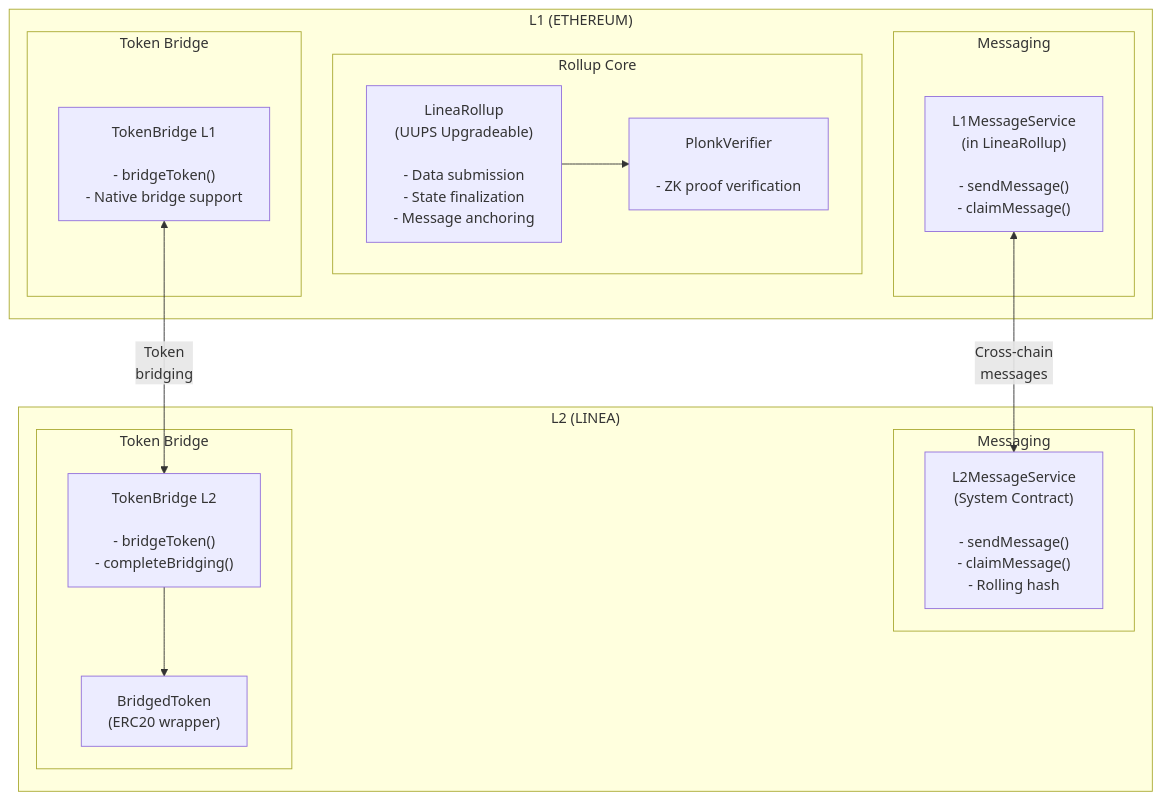
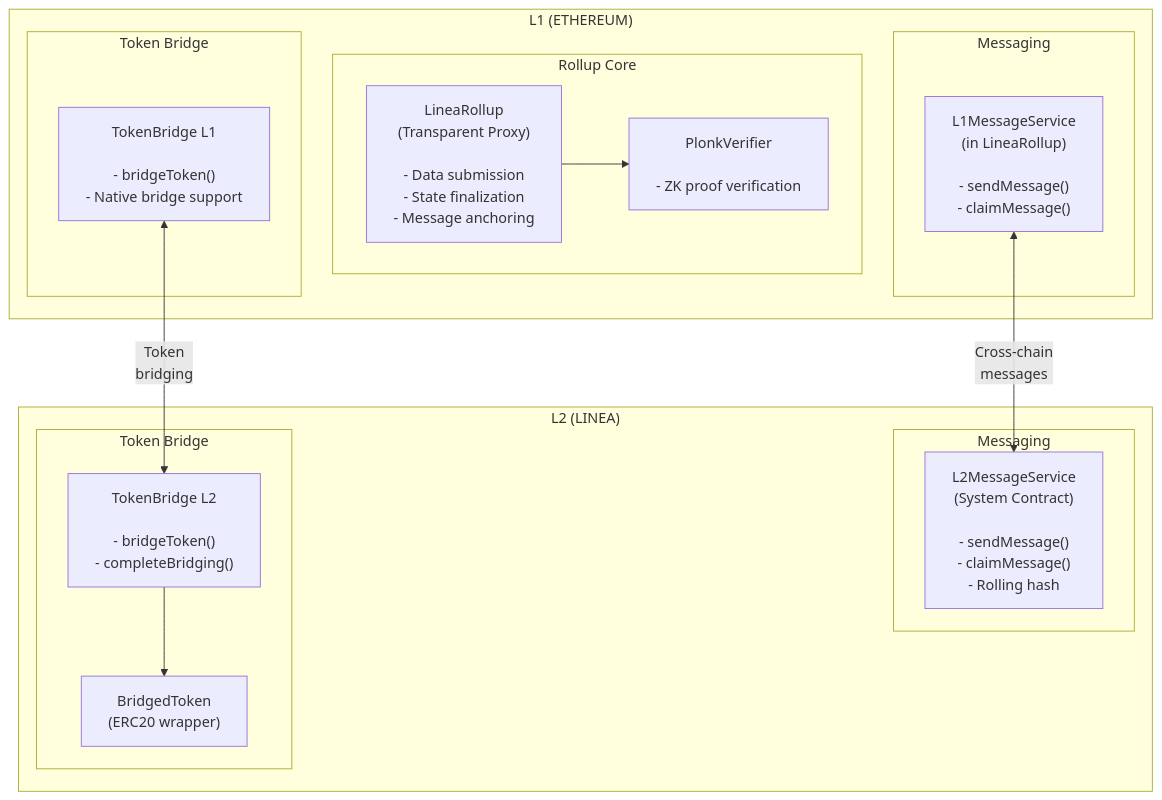
The diagram in documentation/diagrams/contracts-architecture.mmd (Consensys/linea-monorepo), drawn with Mermaid before and after one commit. The commit also changed 1 other file, not shown here.

Commit message:
wrong proxy pattern

```diff
--- a/documentation/diagrams/contracts-architecture.mmd
+++ b/documentation/diagrams/contracts-architecture.mmd
@@ -1,34 +1,34 @@
 %% Smart Contracts Architecture
 flowchart TB
     subgraph L1["L1 (ETHEREUM)"]
         subgraph Rollup["Rollup Core"]
-            LineaRollup["LineaRollup<br/>(UUPS Upgradeable)<br/><br/>- Data submission<br/>- State finalization<br/>- Message anchoring"]
+            LineaRollup["LineaRollup<br/>(Transparent Proxy)<br/><br/>- Data submission<br/>- State finalization<br/>- Message anchoring"]
             PlonkVerifier["PlonkVerifier<br/><br/>- ZK proof verification"]
         end
 
         subgraph MessagingL1["Messaging"]
             L1MessageService["L1MessageService<br/>(in LineaRollup)<br/><br/>- sendMessage()<br/>- claimMessage()"]
         end
 
         subgraph BridgeL1["Token Bridge"]
             TokenBridgeL1["TokenBridge L1<br/><br/>- bridgeToken()<br/>- Native bridge support"]
         end
 
         LineaRollup --> PlonkVerifier
     end
 
     subgraph L2["L2 (LINEA)"]
         subgraph MessagingL2["Messaging"]
             L2MessageService["L2MessageService<br/>(System Contract)<br/><br/>- sendMessage()<br/>- claimMessage()<br/>- Rolling hash"]
         end
 
         subgraph BridgeL2["Token Bridge"]
             TokenBridgeL2["TokenBridge L2<br/><br/>- bridgeToken()<br/>- completeBridging()"]
             BridgedToken["BridgedToken<br/>(ERC20 wrapper)"]
         end
 
         TokenBridgeL2 --> BridgedToken
     end
 
     L1MessageService <-->|"Cross-chain<br/>messages"| L2MessageService
     TokenBridgeL1 <-->|"Token<br/>bridging"| TokenBridgeL2
```
